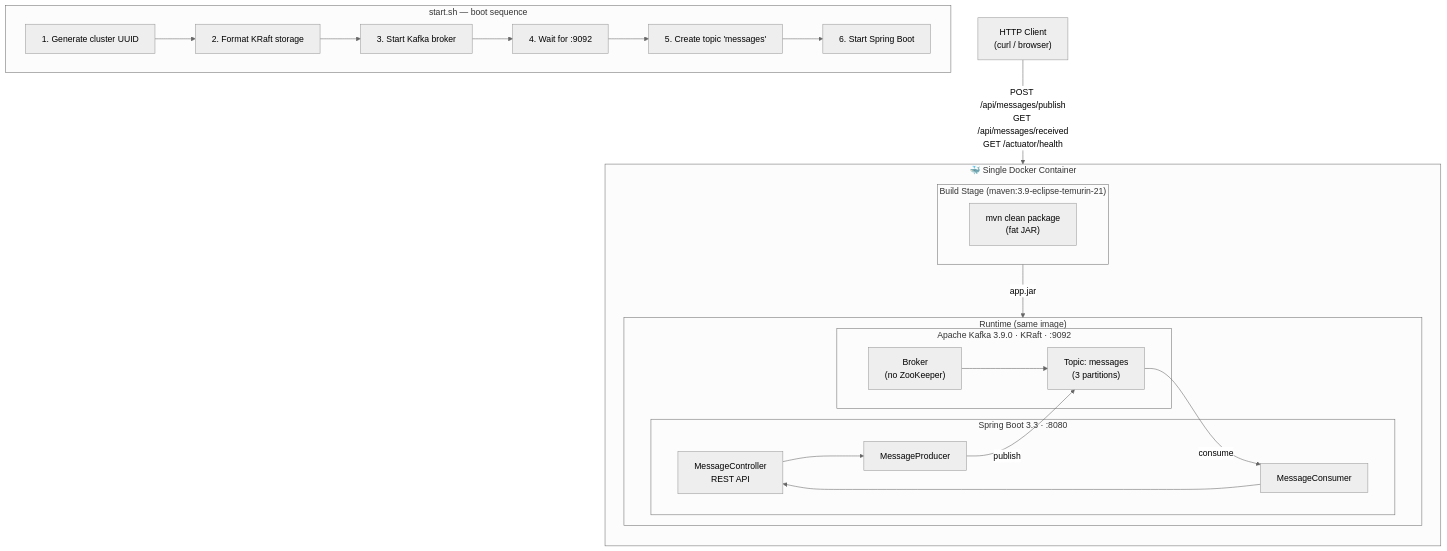
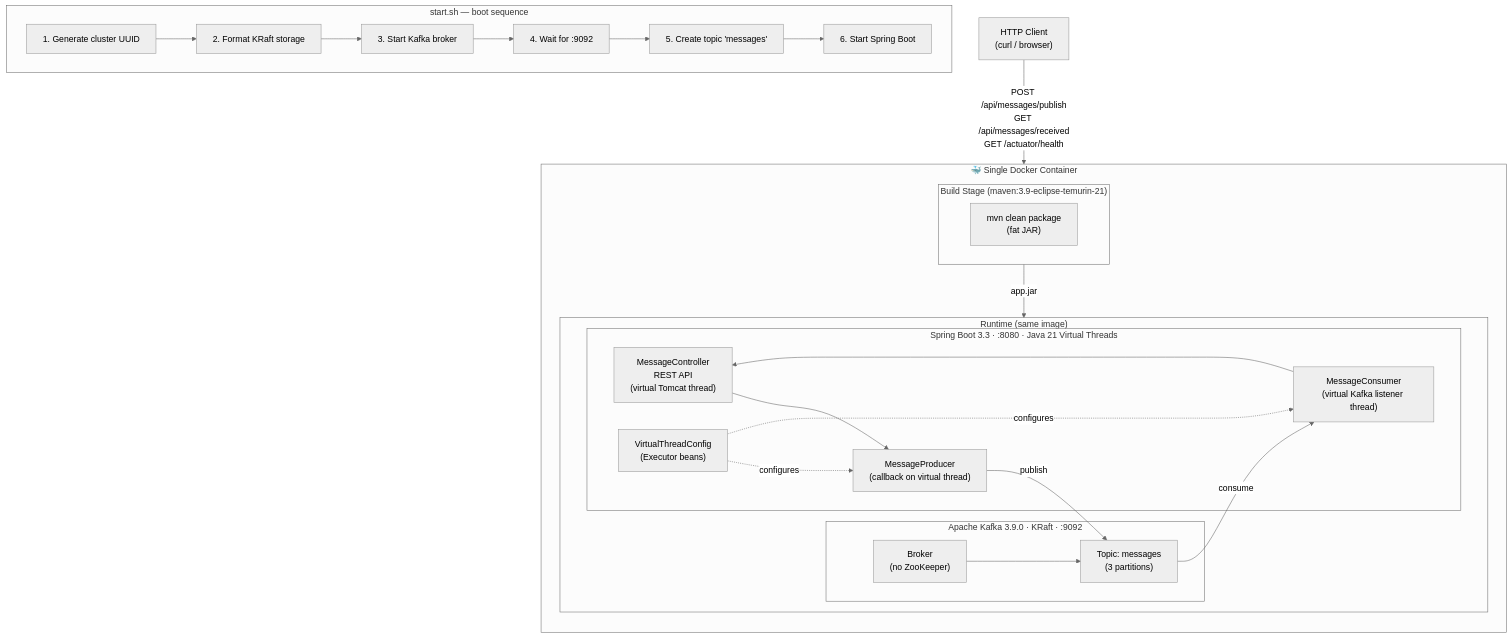
One commit to goumze/Kafka_Project changed the first of 5 diagrams in README.md. Above: the diagram before and after it, drawn with Mermaid (neutral theme). The commit also changed other lines of this file, not shown here.

Commit message:
docs: update README with virtual threads architecture and test results

````diff
--- a/README.md
+++ b/README.md
@@ -75,42 +75,45 @@
 ```mermaid
 graph TD
     subgraph Container["🐳 Single Docker Container"]
         direction TB
 
         subgraph Build["Build Stage (maven:3.9-eclipse-temurin-21)"]
             MVN["mvn clean package\n(fat JAR)"]
         end
 
         subgraph Runtime["Runtime (same image)"]
             direction LR
             subgraph Kafka["Apache Kafka 3.9.0 · KRaft · :9092"]
                 BROKER["Broker\n(no ZooKeeper)"]
                 TOPIC["Topic: messages\n(3 partitions)"]
                 BROKER --> TOPIC
             end
 
-            subgraph SpringBoot["Spring Boot 3.3 · :8080"]
-                CTRL["MessageController\nREST API"]
-                PROD["MessageProducer"]
-                CONS["MessageConsumer"]
+            subgraph SpringBoot["Spring Boot 3.3 · :8080 · Java 21 Virtual Threads"]
+                CTRL["MessageController\nREST API\n(virtual Tomcat thread)"]
+                PROD["MessageProducer\n(callback on virtual thread)"]
+                CONS["MessageConsumer\n(virtual Kafka listener thread)"]
+                VTC["VirtualThreadConfig\n(Executor beans)"]
                 CTRL --> PROD
                 CONS --> CTRL
+                VTC -.->|configures| PROD
+                VTC -.->|configures| CONS
             end
 
             PROD -- "publish" --> TOPIC
             TOPIC -- "consume" --> CONS
         end
 
         Build -- "app.jar" --> Runtime
     end
 
     CLIENT["HTTP Client\n(curl / browser)"] -- "POST /api/messages/publish\nGET /api/messages/received\nGET /actuator/health" --> CTRL
 
     subgraph Startup["start.sh — boot sequence"]
         S1["1. Generate cluster UUID"] --> S2["2. Format KRaft storage"]
         S2 --> S3["3. Start Kafka broker"]
         S3 --> S4["4. Wait for :9092"]
         S4 --> S5["5. Create topic 'messages'"]
         S5 --> S6["6. Start Spring Boot"]
     end
 ```
````
